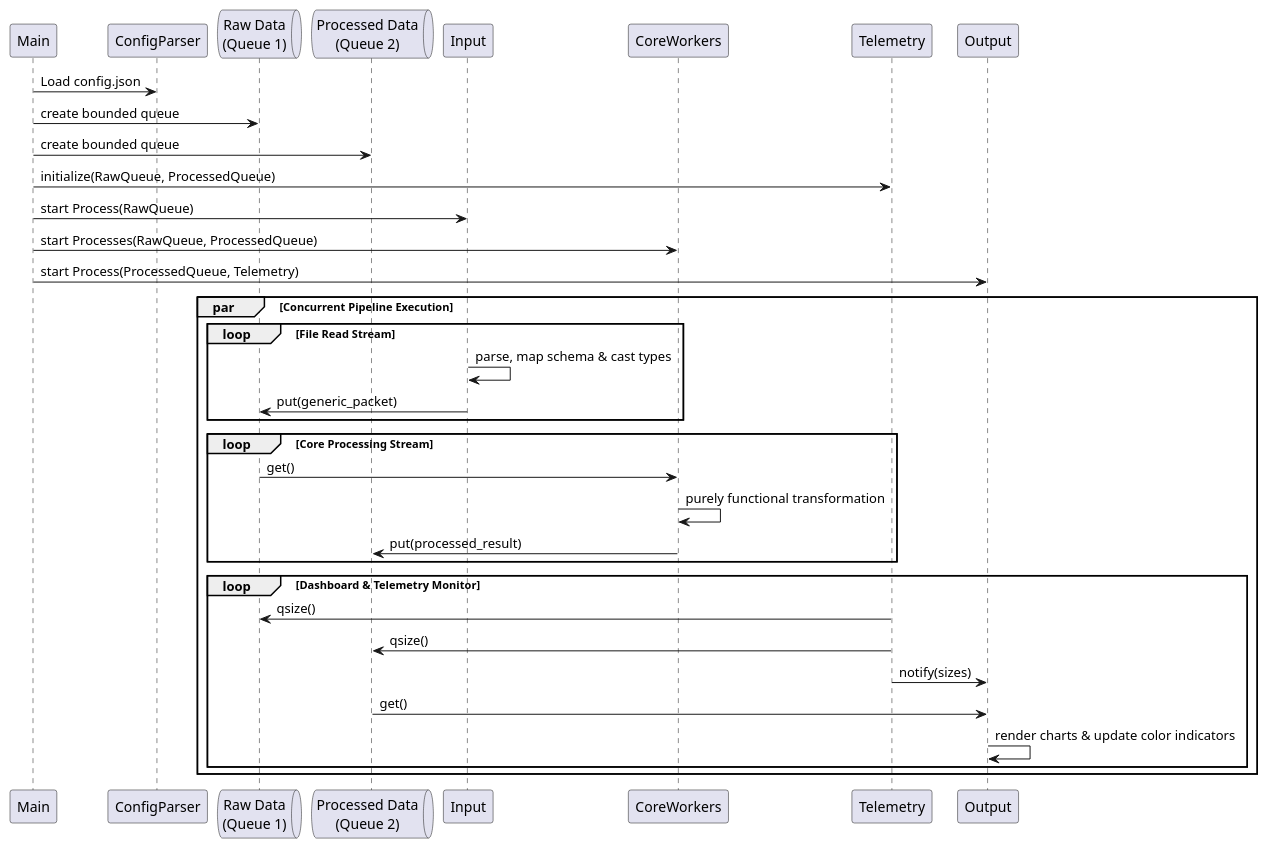
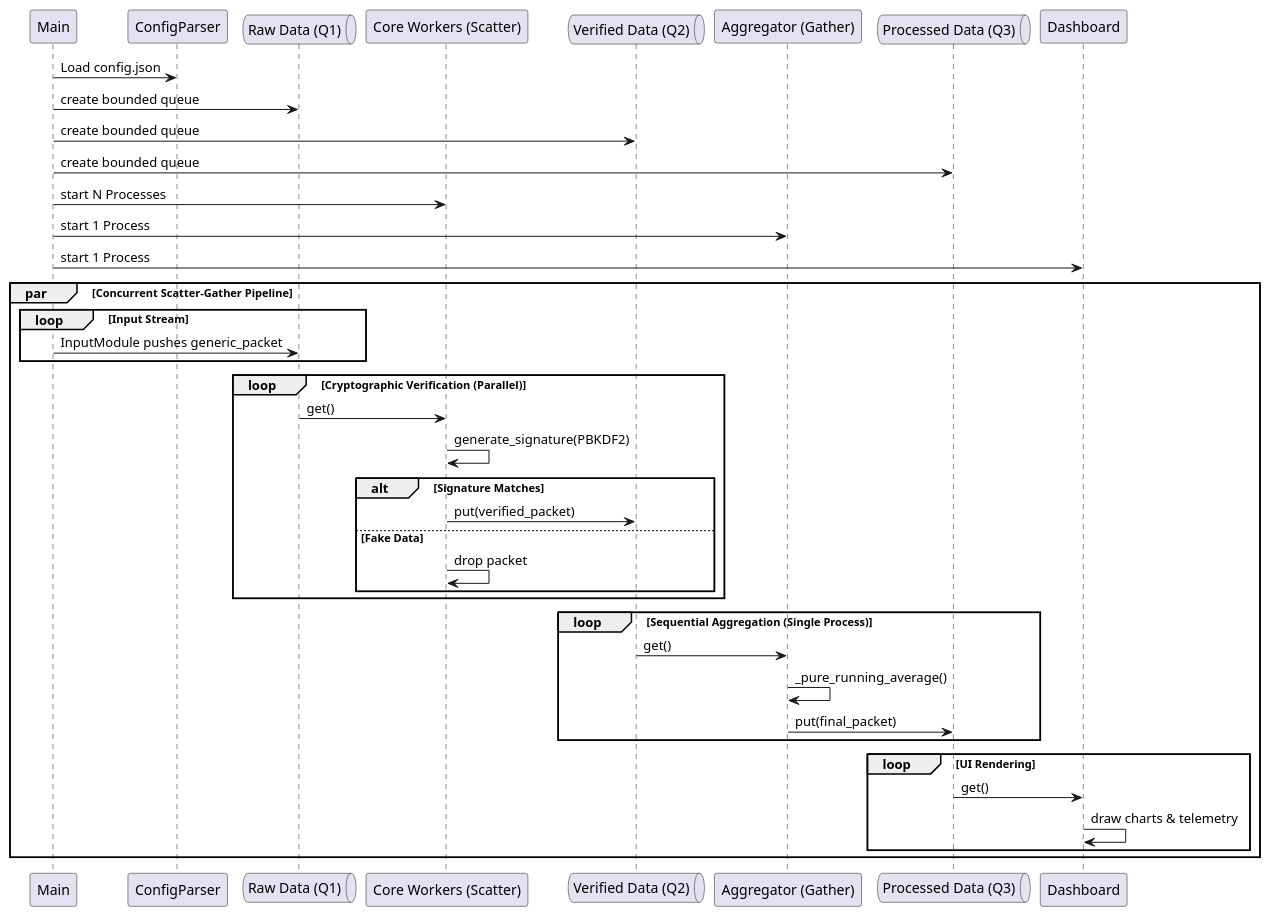
Before and after one commit to MoosaTeam/Generic-Concurrent-Real-Time-Pipeline: the diagram in sequenceDiagram.puml, drawn with PlantUML. The commit also changed 3 other files, not shown here.

Commit message:
Plant UML Changes

```diff
--- a/sequenceDiagram.puml
+++ b/sequenceDiagram.puml
@@ -1,39 +1,46 @@
 @startuml
 participant Main
 participant ConfigParser
-queue RawQueue as "Raw Data\n(Queue 1)"
-queue ProcessedQueue as "Processed Data\n(Queue 2)"
-participant Input
-participant CoreWorkers
-participant Telemetry
-participant Output
+queue RawQueue as "Raw Data (Q1)"
+participant CoreWorkers as "Core Workers (Scatter)"
+queue VerifiedQueue as "Verified Data (Q2)"
+participant Aggregator as "Aggregator (Gather)"
+queue ProcessedQueue as "Processed Data (Q3)"
+participant Output as "Dashboard"
 
 Main -> ConfigParser : Load config.json
 Main -> RawQueue : create bounded queue
+Main -> VerifiedQueue : create bounded queue
 Main -> ProcessedQueue : create bounded queue
-Main -> Telemetry : initialize(RawQueue, ProcessedQueue)
-Main -> Input : start Process(RawQueue)
-Main -> CoreWorkers : start Processes(RawQueue, ProcessedQueue)
-Main -> Output : start Process(ProcessedQueue, Telemetry)
 
-par Concurrent Pipeline Execution
-    loop File Read Stream
-        Input -> Input : parse, map schema & cast types
-        Input -> RawQueue : put(generic_packet)
+Main -> CoreWorkers : start N Processes
+Main -> Aggregator : start 1 Process
+Main -> Output : start 1 Process
+
+par Concurrent Scatter-Gather Pipeline
+    loop Input Stream
+        Main -> RawQueue : InputModule pushes generic_packet
     end
 
-    loop Core Processing Stream
+    loop Cryptographic Verification (Parallel)
         CoreWorkers <- RawQueue : get()
-        CoreWorkers -> CoreWorkers : purely functional transformation
-        CoreWorkers -> ProcessedQueue : put(processed_result)
+        CoreWorkers -> CoreWorkers : generate_signature(PBKDF2)
+        alt Signature Matches
+            CoreWorkers -> VerifiedQueue : put(verified_packet)
+        else Fake Data
+            CoreWorkers -> CoreWorkers : drop packet
+        end
     end
 
-    loop Dashboard & Telemetry Monitor
-        Telemetry -> RawQueue : qsize()
-        Telemetry -> ProcessedQueue : qsize()
-        Telemetry -> Output : notify(sizes)
+    loop Sequential Aggregation (Single Process)
+        Aggregator <- VerifiedQueue : get()
+        Aggregator -> Aggregator : _pure_running_average()
+        Aggregator -> ProcessedQueue : put(final_packet)
+    end
+
+    loop UI Rendering
         Output <- ProcessedQueue : get()
-        Output -> Output : render charts & update color indicators
+        Output -> Output : draw charts & telemetry
     end
 end
 @enduml
```
